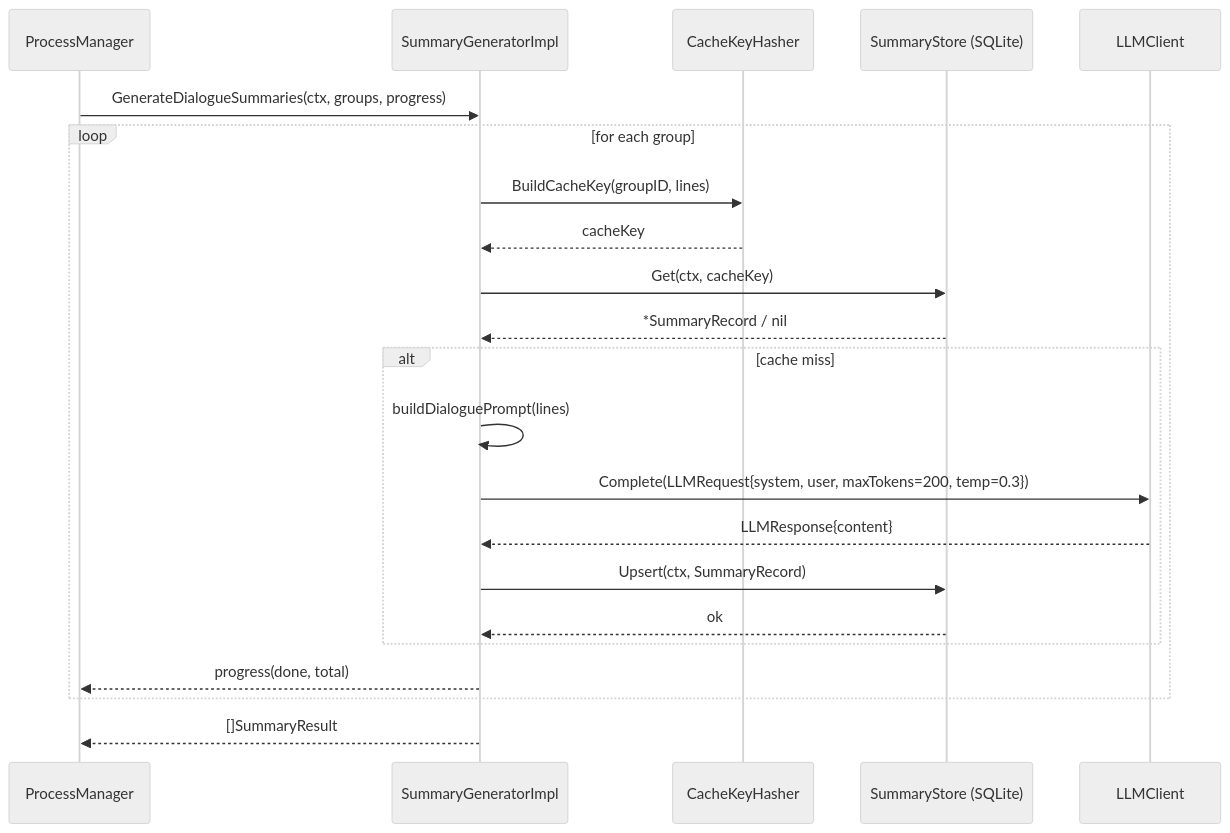
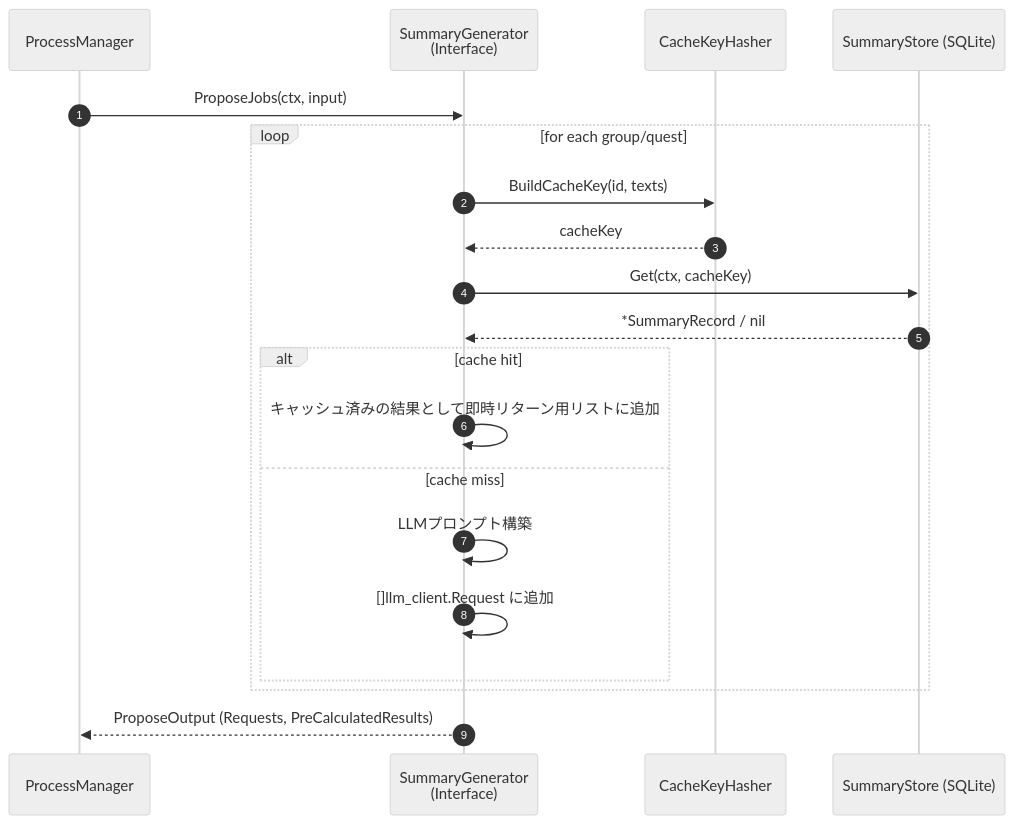
One commit to ishibata91/ai-translation-engine-2 changed the first of 3 diagrams in specs/SummaryGeneratorSlice/summary_generator_sequence_diagram.md. Above: the diagram before and after it, drawn with Mermaid (neutral theme). The commit also changed other lines of this file and 5 other files, not shown here.

````diff
--- a/specs/SummaryGeneratorSlice/summary_generator_sequence_diagram.md
+++ b/specs/SummaryGeneratorSlice/summary_generator_sequence_diagram.md
@@ -24,30 +9,27 @@
 ```mermaid
 sequenceDiagram
+    autonumber
     participant PM as ProcessManager
-    participant SG as SummaryGeneratorImpl
+    participant SG as SummaryGenerator<br/>(Interface)
     participant CK as CacheKeyHasher
     participant SS as SummaryStore (SQLite)
-    participant LLM as LLMClient
 
-    PM->>SG: GenerateDialogueSummaries(ctx, groups, progress)
+    PM->>SG: ProposeJobs(ctx, input)
 
-    loop for each group
-        SG->>CK: BuildCacheKey(groupID, lines)
+    loop for each group/quest
+        SG->>CK: BuildCacheKey(id, texts)
         CK-->>SG: cacheKey
 
         SG->>SS: Get(ctx, cacheKey)
         SS-->>SG: *SummaryRecord / nil
 
-        alt cache miss
-            SG->>SG: buildDialoguePrompt(lines)
-            SG->>LLM: Complete(LLMRequest{system, user, maxTokens=200, temp=0.3})
-            LLM-->>SG: LLMResponse{content}
-            SG->>SS: Upsert(ctx, SummaryRecord)
-            SS-->>SG: ok
+        alt cache hit
+            SG->>SG: キャッシュ済みの結果として即時リターン用リストに追加
+        else cache miss
+            SG->>SG: LLMプロンプト構築
+            SG->>SG: []llm_client.Request に追加
         end
-
-        SG-->>PM: progress(done, total)
     end
 
-    SG-->>PM: []SummaryResult
+    SG-->>PM: ProposeOutput (Requests, PreCalculatedResults)
 ```
````
